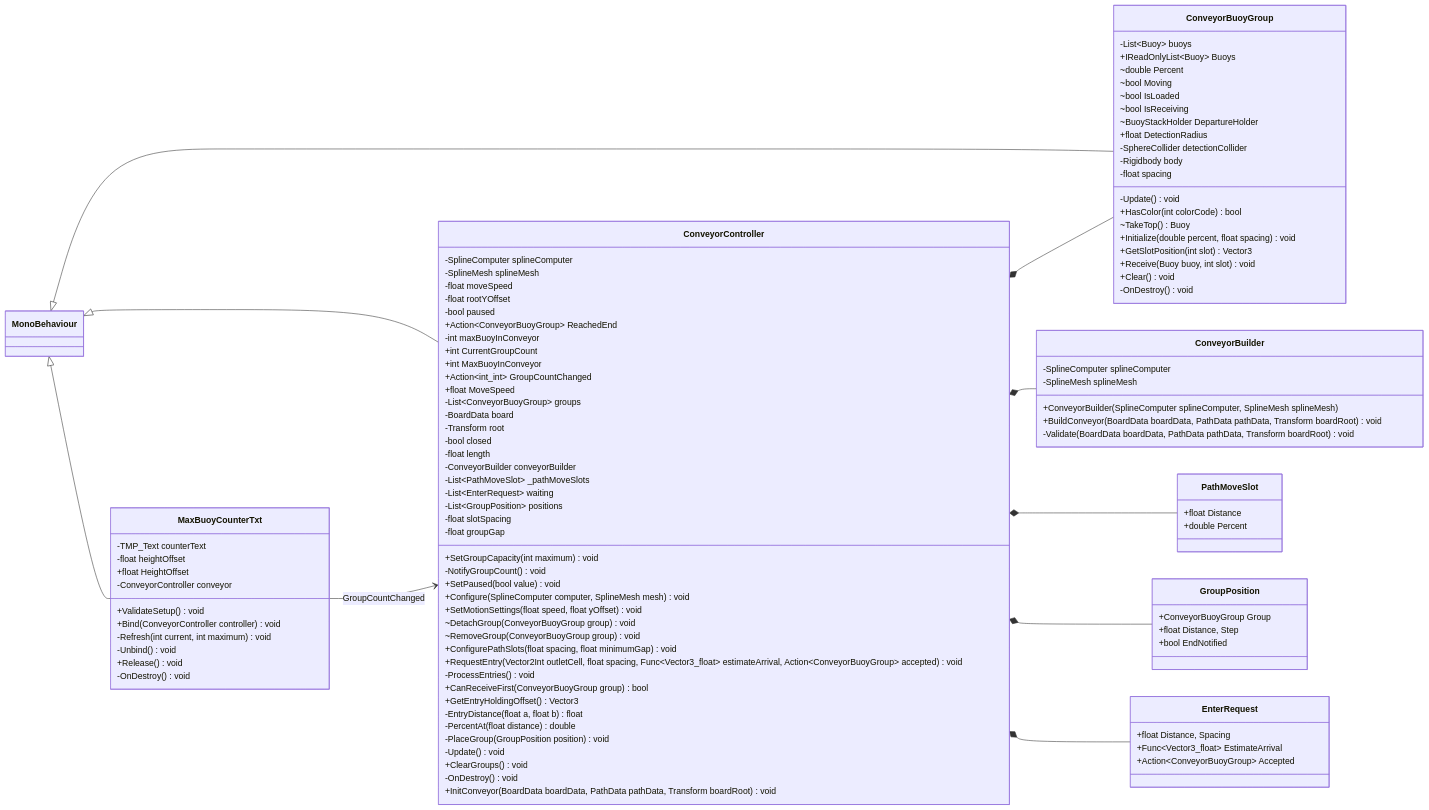
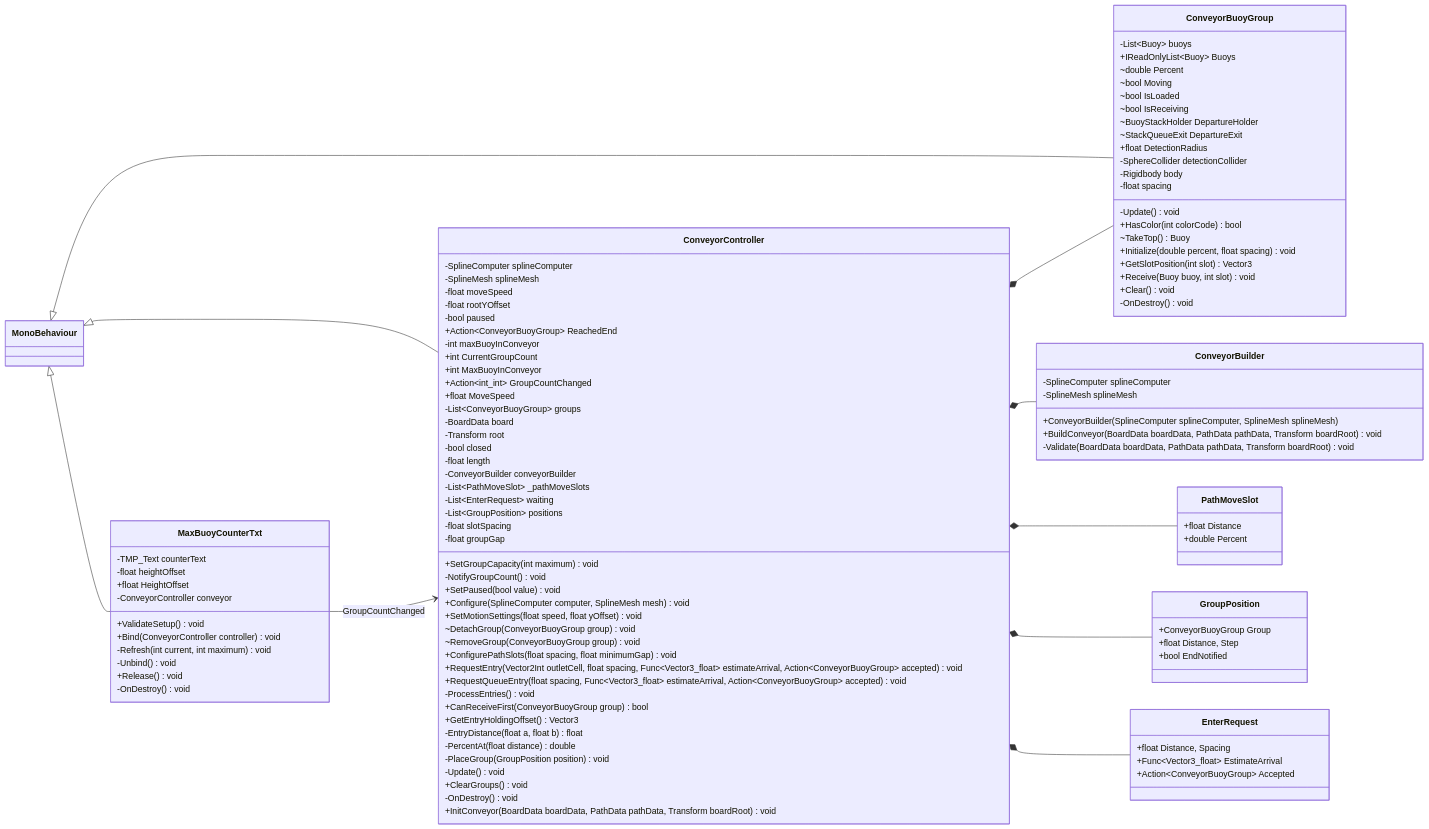
Before and after one commit to nchuoi2443/WaterConveyorSort: the diagram in Docs/ClassDiagram-Conveyor.mmd, drawn with Mermaid. The commit also changed 17 other files, not shown here.

```diff
--- a/Docs/ClassDiagram-Conveyor.mmd
+++ b/Docs/ClassDiagram-Conveyor.mmd
@@ -1,108 +1,110 @@
 classDiagram
 direction LR
 class ConveyorBuilder {
     -SplineComputer splineComputer
     -SplineMesh splineMesh
     +ConveyorBuilder(SplineComputer splineComputer, SplineMesh splineMesh)
     +BuildConveyor(BoardData boardData, PathData pathData, Transform boardRoot) void
     -Validate(BoardData boardData, PathData pathData, Transform boardRoot) void
 }
 class ConveyorBuoyGroup {
     -List~Buoy~ buoys
     +IReadOnlyList~Buoy~ Buoys
     ~double Percent
     ~bool Moving
     ~bool IsLoaded
     ~bool IsReceiving
     ~BuoyStackHolder DepartureHolder
+    ~StackQueueExit DepartureExit
     +float DetectionRadius
     -SphereCollider detectionCollider
     -Rigidbody body
     -Update() void
     +HasColor(int colorCode) bool
     ~TakeTop() Buoy
     -float spacing
     +Initialize(double percent, float spacing) void
     +GetSlotPosition(int slot) Vector3
     +Receive(Buoy buoy, int slot) void
     +Clear() void
     -OnDestroy() void
 }
 MonoBehaviour <|-- ConveyorBuoyGroup
 class ConveyorController {
     -SplineComputer splineComputer
     -SplineMesh splineMesh
     -float moveSpeed
     -float rootYOffset
     -bool paused
     +Action~ConveyorBuoyGroup~ ReachedEnd
     -int maxBuoyInConveyor
     +int CurrentGroupCount
     +int MaxBuoyInConveyor
     +Action~int_int~ GroupCountChanged
     +SetGroupCapacity(int maximum) void
     -NotifyGroupCount() void
     +SetPaused(bool value) void
     +Configure(SplineComputer computer, SplineMesh mesh) void
     +SetMotionSettings(float speed, float yOffset) void
     +float MoveSpeed
     -List~ConveyorBuoyGroup~ groups
     -BoardData board
     -Transform root
     -bool closed
     -float length
     -ConveyorBuilder conveyorBuilder
     -List~PathMoveSlot~ _pathMoveSlots
     -List~EnterRequest~ waiting
     -List~GroupPosition~ positions
     -float slotSpacing
     -float groupGap
     ~DetachGroup(ConveyorBuoyGroup group) void
     ~RemoveGroup(ConveyorBuoyGroup group) void
     +ConfigurePathSlots(float spacing, float minimumGap) void
     +RequestEntry(Vector2Int outletCell, float spacing, Func~Vector3_float~ estimateArrival, Action~ConveyorBuoyGroup~ accepted) void
+    +RequestQueueEntry(float spacing, Func~Vector3_float~ estimateArrival, Action~ConveyorBuoyGroup~ accepted) void
     -ProcessEntries() void
     +CanReceiveFirst(ConveyorBuoyGroup group) bool
     +GetEntryHoldingOffset() Vector3
     -EntryDistance(float a, float b) float
     -PercentAt(float distance) double
     -PlaceGroup(GroupPosition position) void
     -Update() void
     +ClearGroups() void
     -OnDestroy() void
     +InitConveyor(BoardData boardData, PathData pathData, Transform boardRoot) void
 }
 MonoBehaviour <|-- ConveyorController
 class PathMoveSlot {
     +float Distance
     +double Percent
 }
 class GroupPosition {
     +ConveyorBuoyGroup Group
     +float Distance, Step
     +bool EndNotified
 }
 class EnterRequest {
     +float Distance, Spacing
     +Func~Vector3_float~ EstimateArrival
     +Action~ConveyorBuoyGroup~ Accepted
 }
 class MaxBuoyCounterTxt {
     -TMP_Text counterText
     -float heightOffset
     +float HeightOffset
     -ConveyorController conveyor
     +ValidateSetup() void
     +Bind(ConveyorController controller) void
     -Refresh(int current, int maximum) void
     -Unbind() void
     +Release() void
     -OnDestroy() void
 }
 MonoBehaviour <|-- MaxBuoyCounterTxt
 ConveyorController *-- ConveyorBuilder
 ConveyorController *-- ConveyorBuoyGroup
 ConveyorController *-- PathMoveSlot
 ConveyorController *-- GroupPosition
 ConveyorController *-- EnterRequest
 MaxBuoyCounterTxt --> ConveyorController : GroupCountChanged
```
